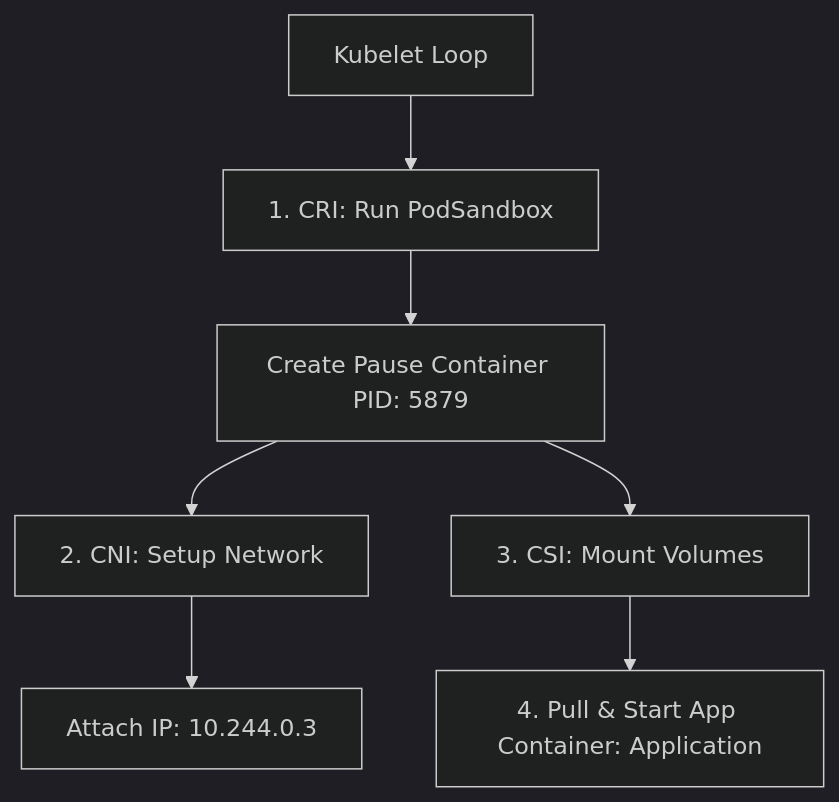
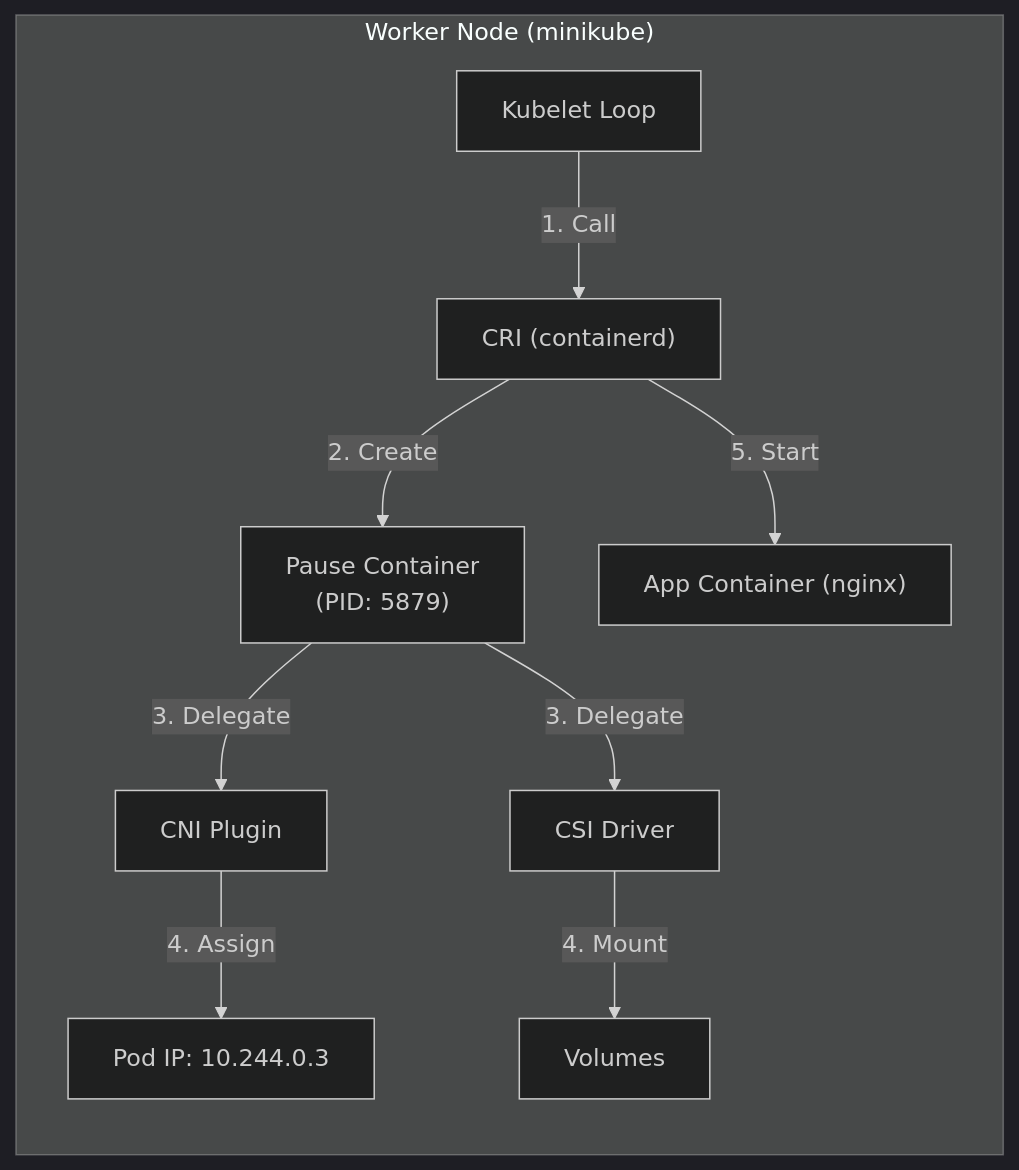
Before and after one commit to vinhnd20/vinhnd4: the fourth of 11 diagrams in blog/2026-03-18-pod/index.md, drawn with Mermaid (dark theme). The commit also changed other lines of this file, not shown here.

````diff
--- a/blog/2026-03-18-pod/index.md
+++ b/blog/2026-03-18-pod/index.md
@@ -249,9 +225,12 @@
 ```mermaid
-graph TD
-    K[Kubelet Loop] --> CRI[1. CRI: Run PodSandbox]
-    CRI --> Pause[Create Pause Container PID: 5879]
-    Pause --> CNI[2. CNI: Setup Network]
-    CNI --> IP[Attach IP: 10.244.0.3]
-    Pause --> CSI[3. CSI: Mount Volumes]
-    CSI --> App[4. Pull & Start App Container: Application]
+graph LR
+    subgraph Node ["Worker Node (minikube)"]
+        K["Kubelet Loop"] -->|"1. Call"| CRI["CRI (containerd)"]
+        CRI -->|"2. Create"| Pause["Pause Container\n(PID: 5879)"]
+        Pause -->|"3. Delegate"| CNI["CNI Plugin"]
+        CNI -->|"4. Assign"| IP["Pod IP: 10.244.0.3"]
+        Pause -->|"3. Delegate"| CSI["CSI Driver"]
+        CSI -->|"4. Mount"| Vol["Volumes"]
+        CRI -->|"5. Start"| App["App Container (nginx)"]
+    end
 ```
````
